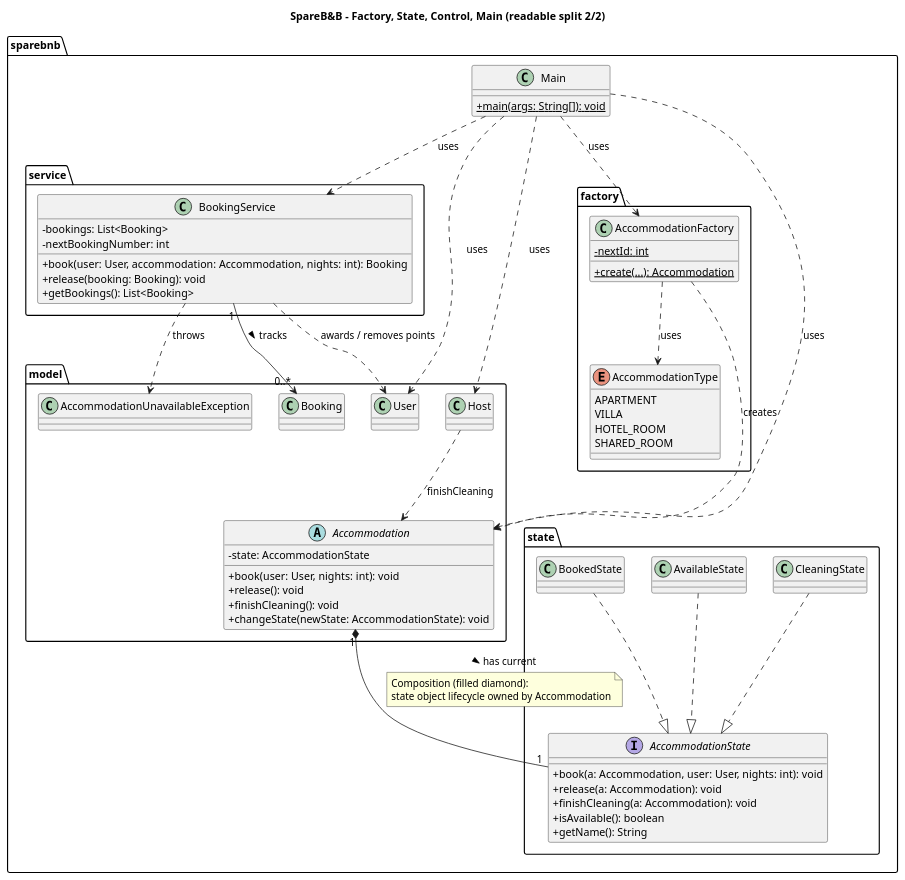
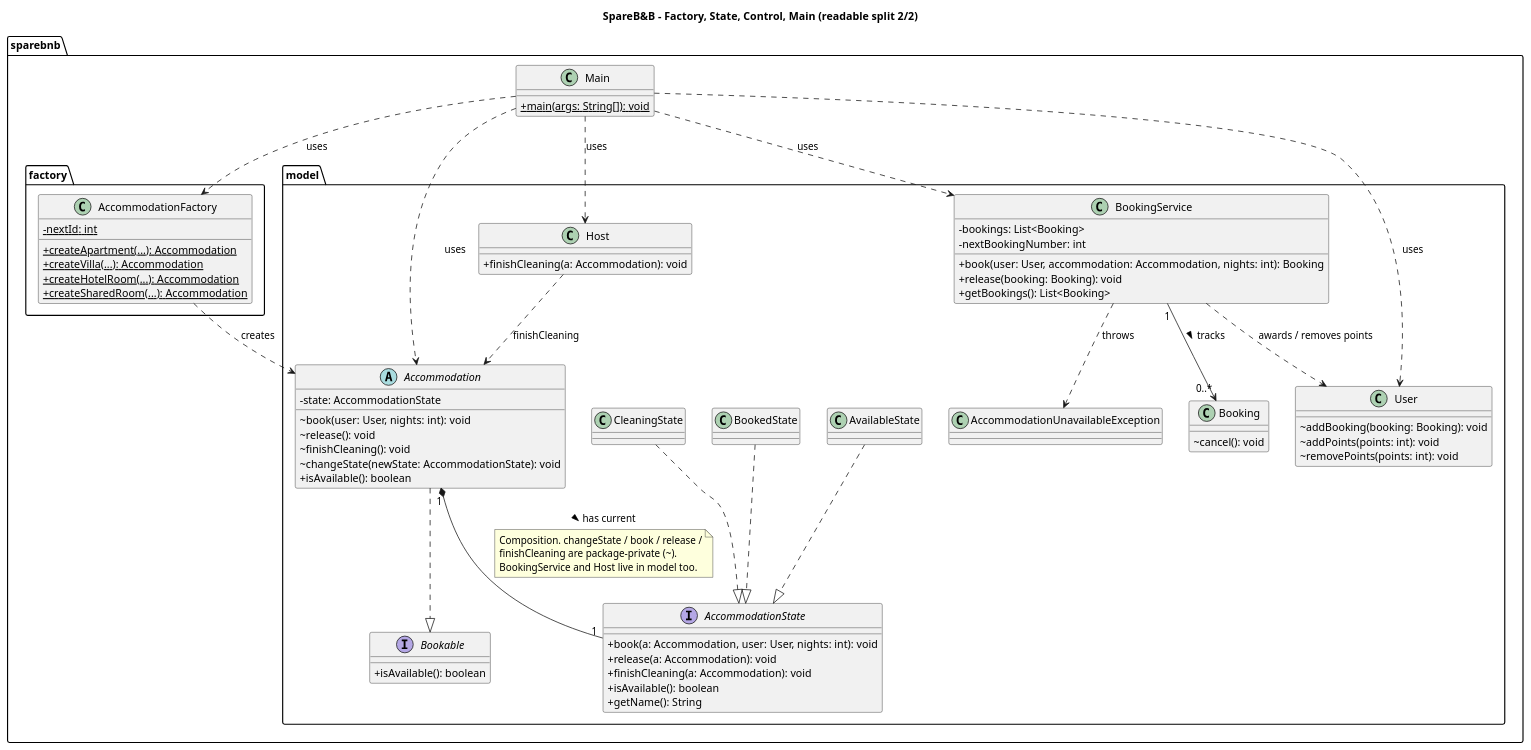
The diagram in diagrams/class-patterns.puml (GLIDARTs/software_modeling), drawn with PlantUML before and after one commit. The commit also changed 32 other files, not shown here.

First line of the commit message:
Harden encapsulation and refresh UML exports for Sprint 1-2.

```diff
--- a/diagrams/class-patterns.puml
+++ b/diagrams/class-patterns.puml
@@ -1,89 +1,94 @@
 @startuml SpareBnB_Class_Patterns
 skinparam classAttributeIconSize 0
 title SpareB&B - Factory, State, Control, Main (readable split 2/2)
 
 package "sparebnb" {
   class Main {
     + {static} main(args: String[]): void
   }
 }
 
-package "sparebnb.service" {
+package "sparebnb.factory" {
+  class AccommodationFactory {
+    - {static} nextId: int
+    + {static} createApartment(...): Accommodation
+    + {static} createVilla(...): Accommodation
+    + {static} createHotelRoom(...): Accommodation
+    + {static} createSharedRoom(...): Accommodation
+  }
+}
+
+package "sparebnb.model" {
   class BookingService {
     - bookings: List<Booking>
     - nextBookingNumber: int
     + book(user: User, accommodation: Accommodation, nights: int): Booking
     + release(booking: Booking): void
     + getBookings(): List<Booking>
   }
-}
 
-package "sparebnb.factory" {
-  class AccommodationFactory {
-    - {static} nextId: int
-    + {static} create(...): Accommodation
+  abstract class Accommodation {
+    - state: AccommodationState
+    ~ book(user: User, nights: int): void
+    ~ release(): void
+    ~ finishCleaning(): void
+    ~ changeState(newState: AccommodationState): void
+    + isAvailable(): boolean
   }
 
-  enum AccommodationType {
-    APARTMENT
-    VILLA
-    HOTEL_ROOM
-    SHARED_ROOM
-  }
-}
-
-package "sparebnb.model" {
-  abstract class Accommodation {
-    - state: AccommodationState
-    + book(user: User, nights: int): void
-    + release(): void
-    + finishCleaning(): void
-    + changeState(newState: AccommodationState): void
+  interface Bookable {
+    + isAvailable(): boolean
   }
 
-  class Booking
-  class User
-  class Host
-  class AccommodationUnavailableException
-}
-
-package "sparebnb.state" {
   interface AccommodationState {
     + book(a: Accommodation, user: User, nights: int): void
     + release(a: Accommodation): void
     + finishCleaning(a: Accommodation): void
     + isAvailable(): boolean
     + getName(): String
   }
 
   class AvailableState
   class BookedState
   class CleaningState
+
+  class Booking {
+    ~ cancel(): void
+  }
+  class User {
+    ~ addBooking(booking: Booking): void
+    ~ addPoints(points: int): void
+    ~ removePoints(points: int): void
+  }
+  class Host {
+    + finishCleaning(a: Accommodation): void
+  }
+  class AccommodationUnavailableException
 }
 
+Accommodation ..|> Bookable
 AvailableState ..|> AccommodationState
 BookedState ..|> AccommodationState
 CleaningState ..|> AccommodationState
 
-' COMPOSITION (filled diamond): current state belongs to this accommodation
 Accommodation "1" *-- "1" AccommodationState : has current >
 note on link
-  Composition (filled diamond):
-  state object lifecycle owned by Accommodation
+  Composition. changeState / book / release /
+  finishCleaning are package-private (~).
+  BookingService and Host live in model too.
 end note
 
 BookingService "1" --> "0..*" Booking : tracks >
 BookingService ..> AccommodationUnavailableException : throws
 BookingService ..> User : awards / removes points
 Host ..> Accommodation : finishCleaning
 
 Main ..> BookingService : uses
 Main ..> AccommodationFactory : uses
 Main ..> Host : uses
 Main ..> User : uses
 Main ..> Accommodation : uses
 
-AccommodationFactory ..> AccommodationType : uses
 AccommodationFactory ..> Accommodation : creates
 
 @enduml
```
